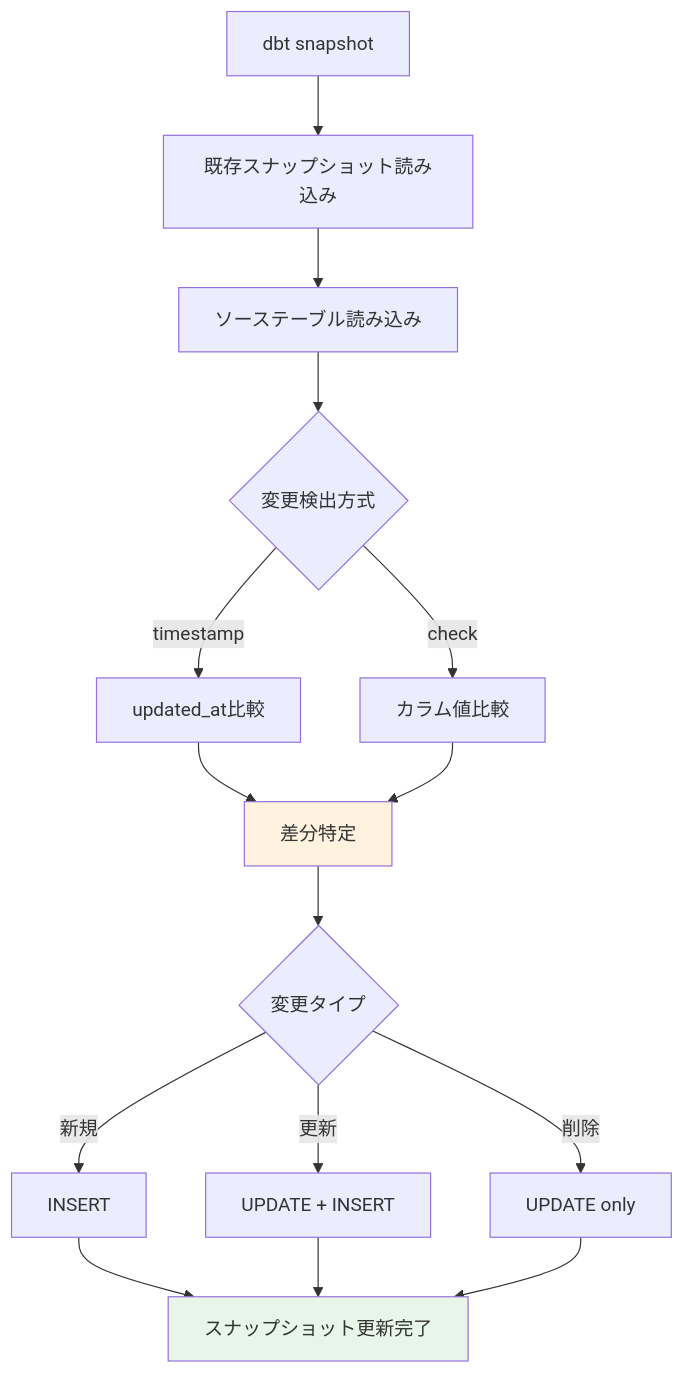
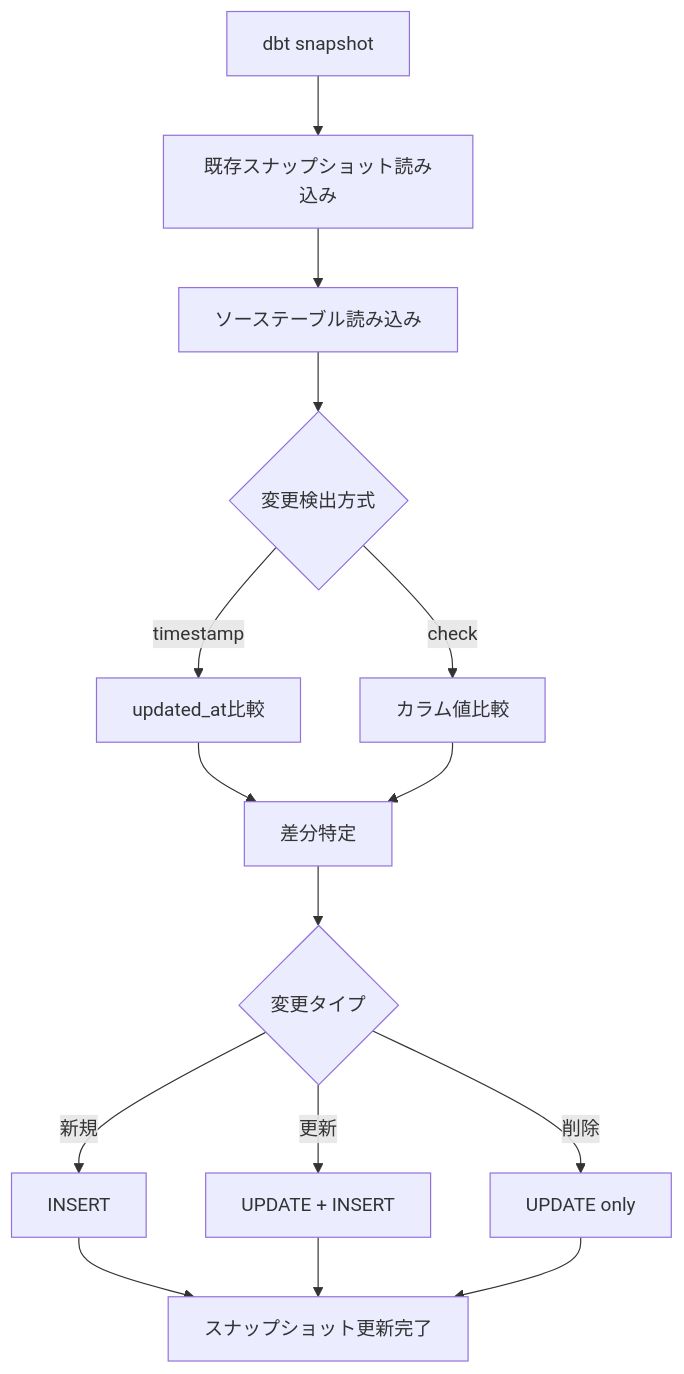
Before and after one commit to 1210yuichi0/1210yuichi0.github.io: the tenth of 14 diagrams in content/Tech/dbt/categories/snapshot-config.md, drawn with Mermaid. The commit also changed other lines of this file and 22 other files, not shown here.

First line of the commit message:
style: remove Mermaid style directives for dark mode compatibility

````diff
--- a/content/Tech/dbt/categories/snapshot-config.md
+++ b/content/Tech/dbt/categories/snapshot-config.md
@@ -1148,24 +1125,22 @@
 ```mermaid
 flowchart TD
     A[dbt snapshot] --> B[既存スナップショット読み込み]
     B --> C[ソーステーブル読み込み]
 
     C --> D{変更検出方式}
     D -->|timestamp| E[updated_at比較]
     D -->|check| F[カラム値比較]
 
     E --> G[差分特定]
     F --> G
 
     G --> H{変更タイプ}
     H -->|新規| I[INSERT]
     H -->|更新| J[UPDATE + INSERT]
     H -->|削除| K[UPDATE only]
 
     I --> L[スナップショット更新完了]
     J --> L
     K --> L
 
-    style G fill:#fff3e0
-    style L fill:#e8f5e9
 ```
````
